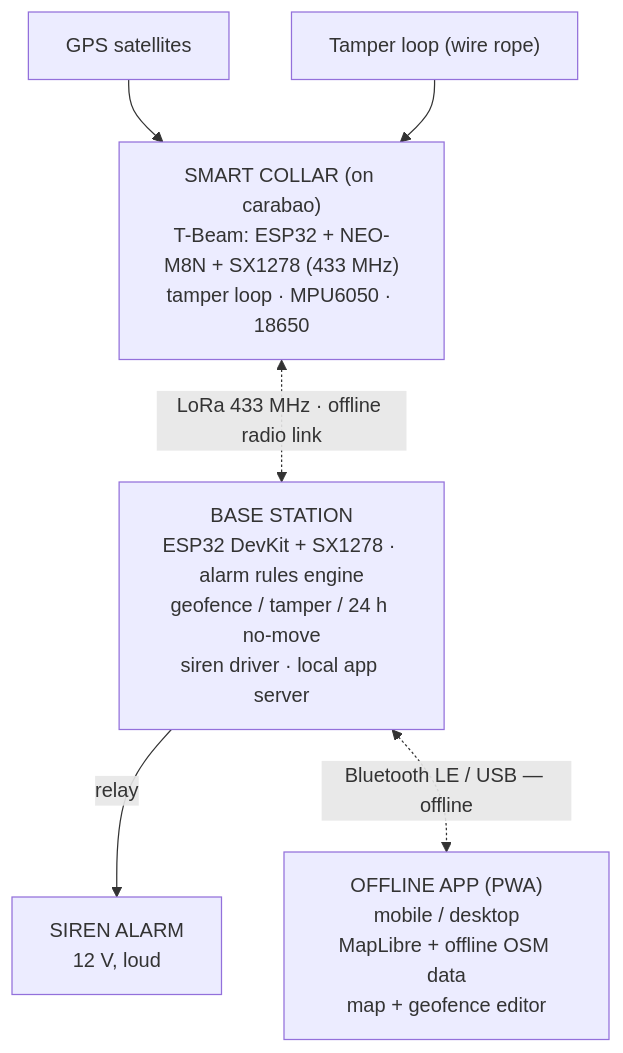
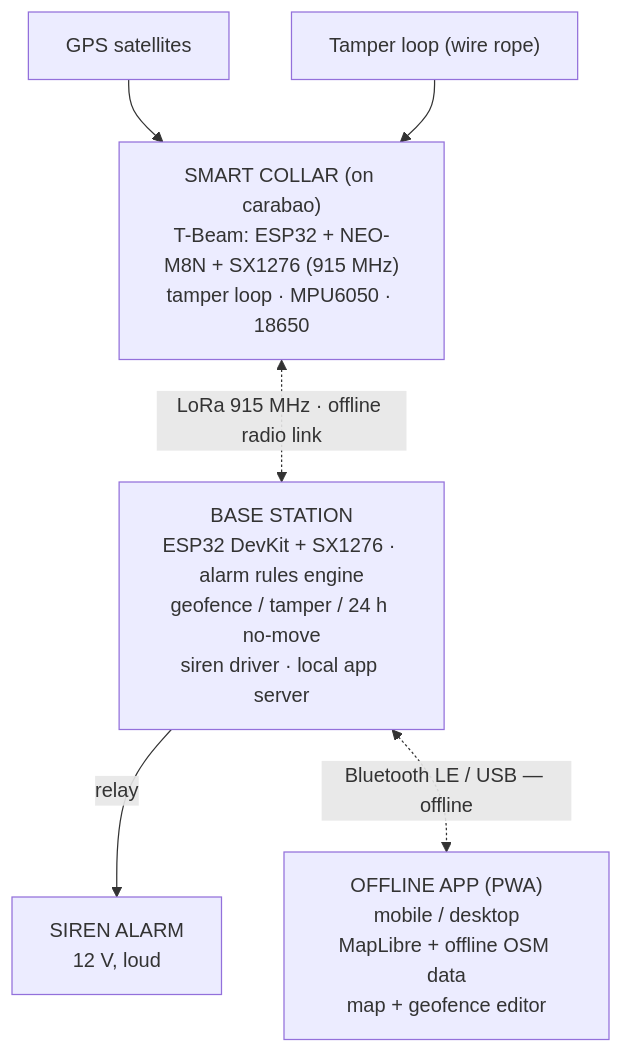
Before and after one commit to qppd/smart-collar: the second of 2 diagrams in README.md, drawn with Mermaid. The commit also changed other lines of this file and 15 other files, not shown here.

````diff
--- a/README.md
+++ b/README.md
@@ -82,8 +82,8 @@
 ```mermaid
 flowchart TB
-    GPS["GPS satellites"] --> TBEAM["SMART COLLAR (on carabao)<br/>T-Beam: ESP32 + NEO-M8N + SX1278 (433 MHz)<br/>tamper loop · MPU6050 · 18650"]
+    GPS["GPS satellites"] --> TBEAM["SMART COLLAR (on carabao)<br/>T-Beam: ESP32 + NEO-M8N + SX1276 (915 MHz)<br/>tamper loop · MPU6050 · 18650"]
     LOOP["Tamper loop (wire rope)"] --> TBEAM
-    TBEAM <-. "LoRa 433 MHz · offline radio link" .-> BASE["BASE STATION<br/>ESP32 DevKit + SX1278 · alarm rules engine<br/>geofence / tamper / 24 h no-move<br/>siren driver · local app server"]
+    TBEAM <-. "LoRa 915 MHz · offline radio link" .-> BASE["BASE STATION<br/>ESP32 DevKit + SX1276 · alarm rules engine<br/>geofence / tamper / 24 h no-move<br/>siren driver · local app server"]
     BASE -- "relay" --> SIREN["SIREN ALARM<br/>12 V, loud"]
     BASE <-. "Bluetooth LE / USB — offline" .-> APP["OFFLINE APP (PWA)<br/>mobile / desktop<br/>MapLibre + offline OSM data<br/>map + geofence editor"]
 ```
````
